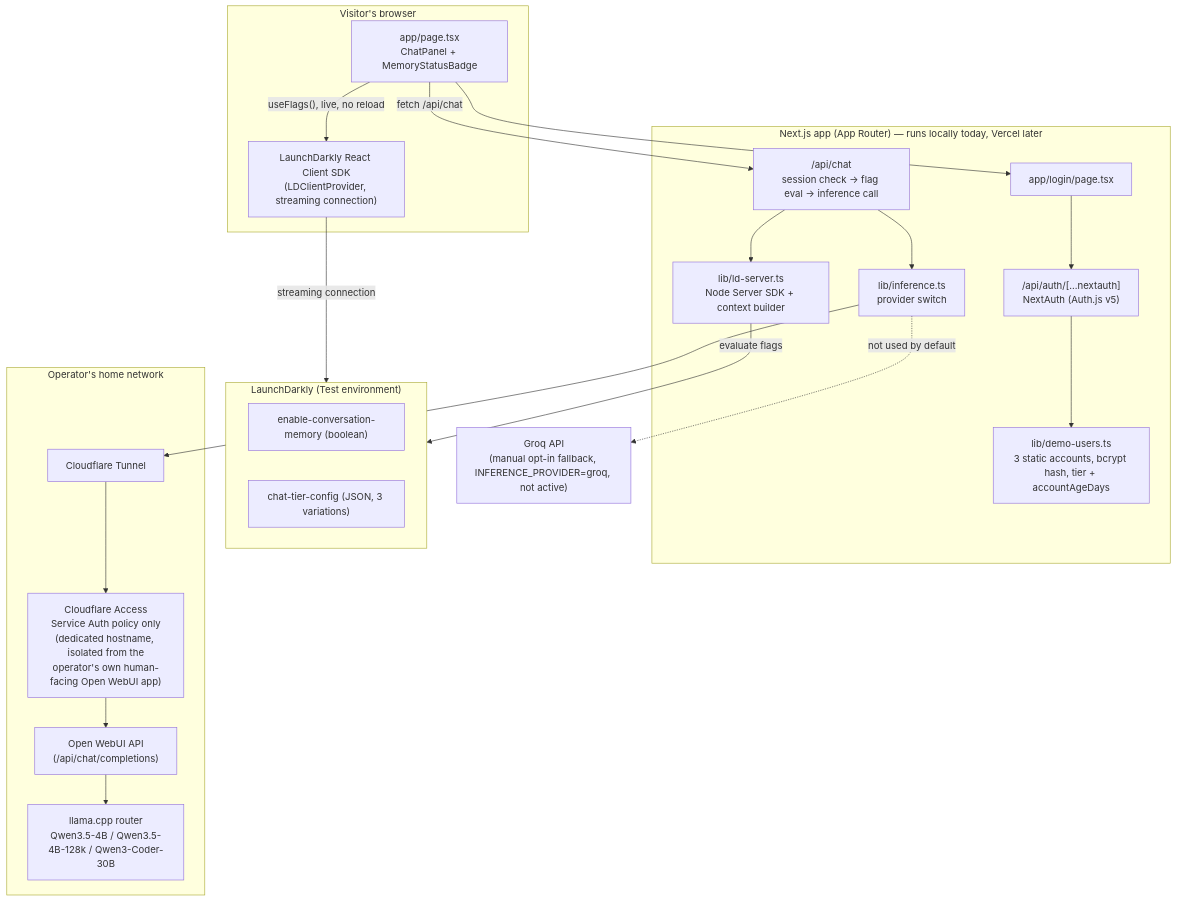
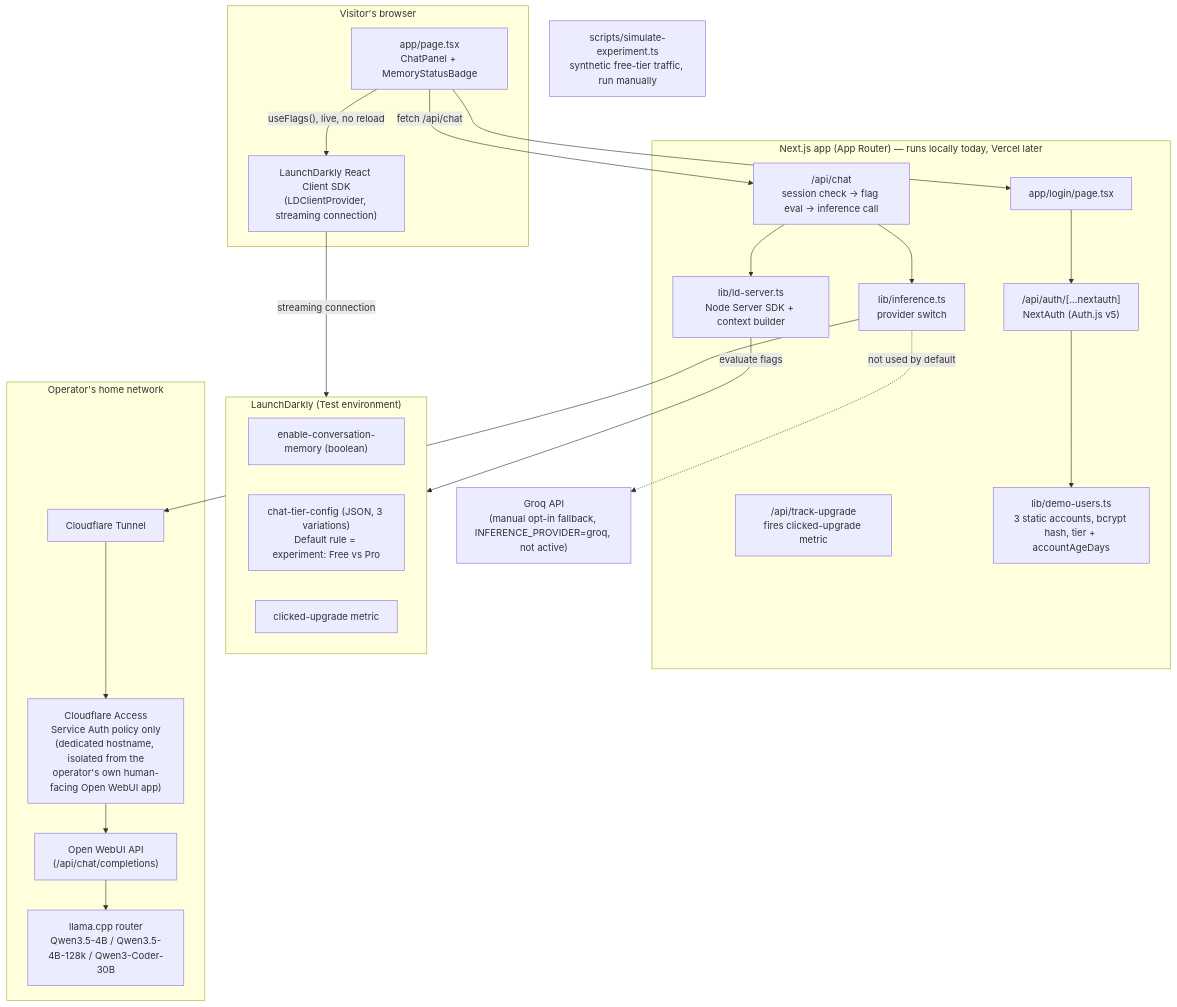
One commit to hiddenintel-rc/nimbus-ai-sample changed the diagram in docs/ARCHITECTURE.md. Above: the diagram before and after it, drawn with Mermaid. The commit also changed other lines of this file and 8 other files, not shown here.

````diff
--- a/docs/ARCHITECTURE.md
+++ b/docs/ARCHITECTURE.md
@@ -41,42 +41,46 @@
 ```mermaid
 flowchart TB
     subgraph Browser["Visitor's browser"]
         UI["app/page.tsx<br/>ChatPanel + MemoryStatusBadge"]
         ClientSDK["LaunchDarkly React Client SDK<br/>(LDClientProvider, streaming connection)"]
     end
 
     subgraph App["Next.js app (App Router) — runs locally today, Vercel later"]
         LoginPage["app/login/page.tsx"]
         AuthRoute["/api/auth/[...nextauth]<br/>NextAuth (Auth.js v5)"]
         ChatRoute["/api/chat<br/>session check -> flag eval -> inference call"]
+        TrackRoute["/api/track-upgrade<br/>fires clicked-upgrade metric"]
         LDServerLib["lib/ld-server.ts<br/>Node Server SDK + context builder"]
         InferenceLib["lib/inference.ts<br/>provider switch"]
         DemoUsers["lib/demo-users.ts<br/>3 static accounts, bcrypt hash, tier + accountAgeDays"]
     end
 
     subgraph LD["LaunchDarkly (Test environment)"]
         FlagMem["enable-conversation-memory (boolean)"]
-        FlagTier["chat-tier-config (JSON, 3 variations)"]
+        FlagTier["chat-tier-config (JSON, 3 variations)<br/>Default rule = experiment: Free vs Pro"]
+        Metric["clicked-upgrade metric"]
     end
+
+    Simulator["scripts/simulate-experiment.ts<br/>synthetic free-tier traffic, run manually"]
 
     subgraph Home["Operator's home network"]
         Tunnel["Cloudflare Tunnel"]
         Access["Cloudflare Access<br/>Service Auth policy only<br/>(dedicated hostname, isolated from the<br/>operator's own human-facing Open WebUI app)"]
         OWUI["Open WebUI API<br/>(/api/chat/completions)"]
         Llama["llama.cpp router<br/>Qwen3.5-4B / Qwen3.5-4B-128k / Qwen3-Coder-30B"]
     end
 
     Groq["Groq API<br/>(manual opt-in fallback, INFERENCE_PROVIDER=groq, not active)"]
 
     UI -->|"useFlags(), live, no reload"| ClientSDK
     ClientSDK -->|"streaming connection"| LD
     UI --> LoginPage
     UI -->|"fetch /api/chat"| ChatRoute
     LoginPage --> AuthRoute
     ChatRoute --> LDServerLib
     LDServerLib -->|"evaluate flags"| LD
     ChatRoute --> InferenceLib
     AuthRoute --> DemoUsers
     InferenceLib --> Tunnel --> Access --> OWUI --> Llama
     InferenceLib -.->|"not used by default"| Groq
 ```
````
